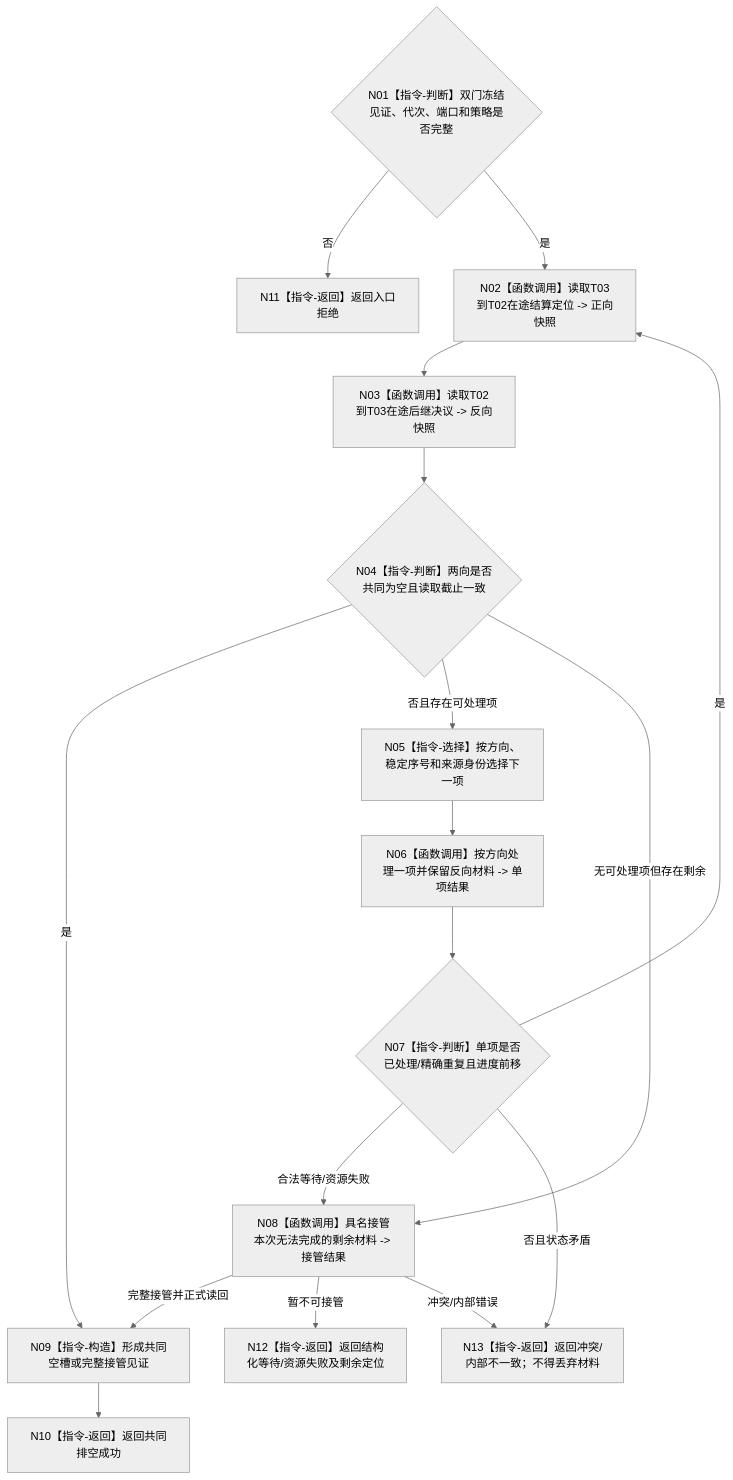
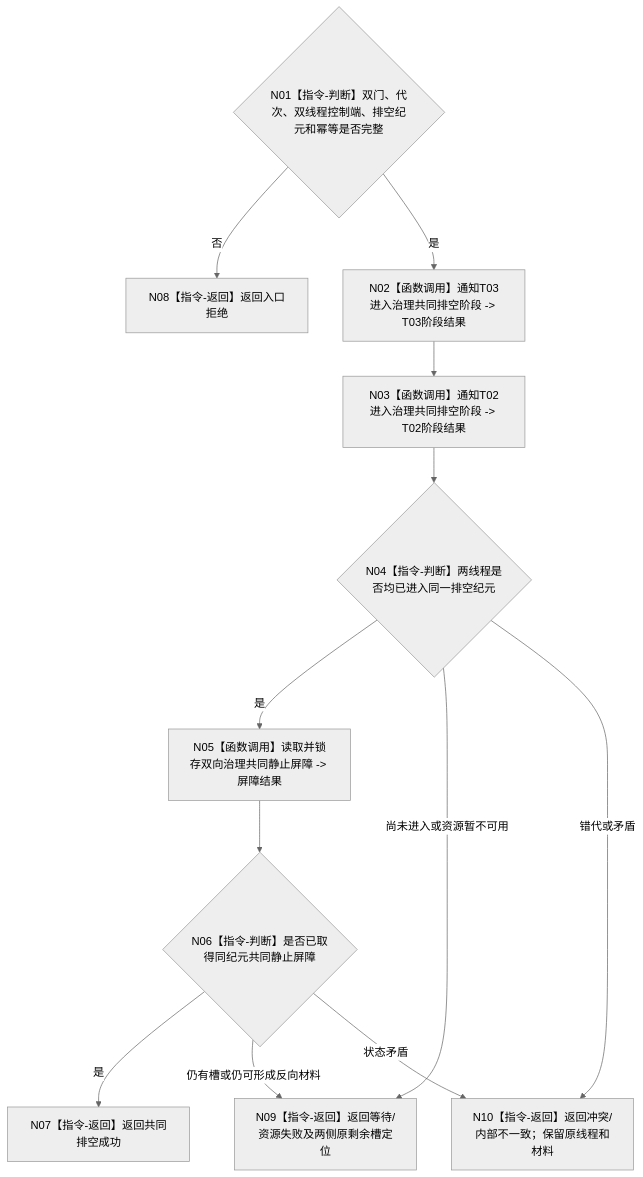
One commit to chunhaizh-cyber/HY-Ego changed the diagram in 流程图/目标业务流程图/L3/BIZ-L3-001-14-03_共同排空任务管理与自我治理双向材料_目标函数流程图_v0.1.md. Above: the diagram before and after it, drawn with Mermaid (neutral theme). The commit also changed other lines of this file and 25 other files, not shown here.

````diff
--- a/流程图/目标业务流程图/L3/BIZ-L3-001-14-03_共同排空任务管理与自我治理双向材料_目标函数流程图_v0.1.md
+++ b/流程图/目标业务流程图/L3/BIZ-L3-001-14-03_共同排空任务管理与自我治理双向材料_目标函数流程图_v0.1.md
@@ -30,28 +32,22 @@
 ```mermaid
 flowchart TD
-    N01{"N01【指令-判断】双门冻结见证、代次、端口和策略是否完整"}
-    N02["N02【函数调用】读取T03到T02在途结算定位 -> 正向快照"]
-    N03["N03【函数调用】读取T02到T03在途后继决议 -> 反向快照"]
-    N04{"N04【指令-判断】两向是否共同为空且读取截止一致"}
-    N05["N05【指令-选择】按方向、稳定序号和来源身份选择下一项"]
-    N06["N06【函数调用】按方向处理一项并保留反向材料 -> 单项结果"]
-    N07{"N07【指令-判断】单项是否已处理/精确重复且进度前移"}
-    N08["N08【函数调用】具名接管本次无法完成的剩余材料 -> 接管结果"]
-    N09["N09【指令-构造】形成共同空槽或完整接管见证"]
-    N10["N10【指令-返回】返回共同排空成功"]
-    N11["N11【指令-返回】返回入口拒绝"]
-    N12["N12【指令-返回】返回结构化等待/资源失败及剩余定位"]
-    N13["N13【指令-返回】返回冲突/内部不一致；不得丢弃材料"]
+    N01{"N01【指令-判断】双门、代次、双线程控制端、排空纪元和幂等是否完整"}
+    N02["N02【函数调用】通知T03进入治理共同排空阶段 -> T03阶段结果"]
+    N03["N03【函数调用】通知T02进入治理共同排空阶段 -> T02阶段结果"]
+    N04{"N04【指令-判断】两线程是否均已进入同一排空纪元"}
+    N05["N05【函数调用】读取并锁存双向治理共同静止屏障 -> 屏障结果"]
+    N06{"N06【指令-判断】是否已取得同纪元共同静止屏障"}
+    N07["N07【指令-返回】返回共同排空成功"]
+    N08["N08【指令-返回】返回入口拒绝"]
+    N09["N09【指令-返回】返回等待/资源失败及两侧原剩余槽定位"]
+    N10["N10【指令-返回】返回冲突/内部不一致；保留原线程和材料"]
 
-    N01 -->|否| N11
+    N01 -->|否| N08
     N01 -->|是| N02 --> N03 --> N04
-    N04 -->|是| N09 --> N10
-    N04 -->|否且存在可处理项| N05 --> N06 --> N07
-    N07 -->|是| N02
-    N07 -->|合法等待/资源失败| N08
-    N07 -->|否且状态矛盾| N13
-    N04 -->|无可处理项但存在剩余| N08
-    N08 -->|完整接管并正式读回| N09
-    N08 -->|暂不可接管| N12
-    N08 -->|冲突/内部错误| N13
+    N04 -->|是| N05 --> N06
+    N04 -->|尚未进入或资源暂不可用| N09
+    N04 -->|错代或矛盾| N10
+    N06 -->|是| N07
+    N06 -->|仍有槽或仍可形成反向材料| N09
+    N06 -->|状态矛盾| N10
 ```
````
